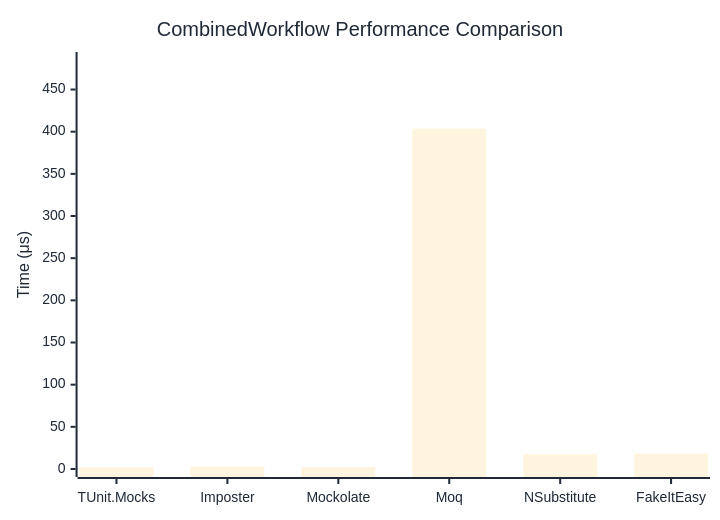
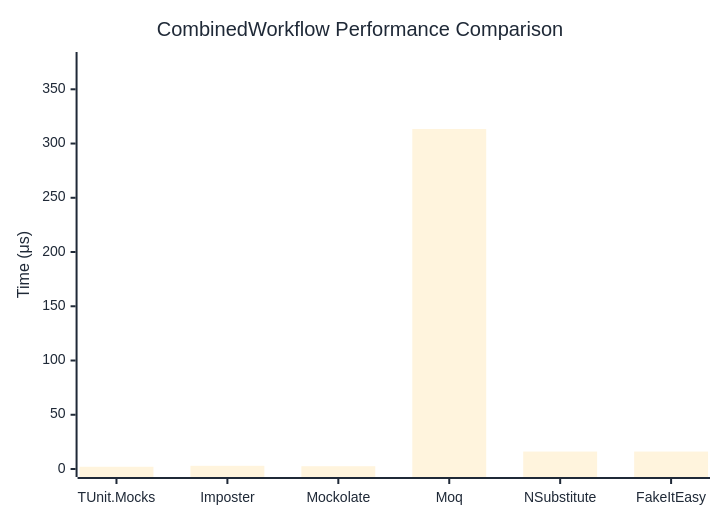
The diagram in docs/docs/benchmarks/mocks/CombinedWorkflow.md (thomhurst/TUnit), drawn with Mermaid before and after one commit. The commit also changed other lines of this file and 14 other files, not shown here.

````diff
--- a/docs/docs/benchmarks/mocks/CombinedWorkflow.md
+++ b/docs/docs/benchmarks/mocks/CombinedWorkflow.md
@@ -28,27 +28,27 @@
 ```mermaid
 %%{init: {
   'theme':'base',
   'themeVariables': {
     'primaryColor': '#2563eb',
     'primaryTextColor': '#1f2937',
     'primaryBorderColor': '#1e40af',
     'lineColor': '#6b7280',
     'secondaryColor': '#7c3aed',
     'tertiaryColor': '#dc2626',
     'background': '#ffffff',
     'pie1': '#2563eb',
     'pie2': '#7c3aed',
     'pie3': '#dc2626',
     'pie4': '#f59e0b',
     'pie5': '#10b981',
     'pie6': '#06b6d4',
     'pie7': '#ec4899',
     'pie8': '#6366f1'
   }
 }}%%
 xychart-beta
   title "CombinedWorkflow Performance Comparison"
   x-axis ["TUnit.Mocks", "Imposter", "Mockolate", "Moq", "NSubstitute", "FakeItEasy"]
-  y-axis "Time (μs)" 0 --> 485
-  bar [1.949, 2.697, 2.436, 403.629, 17.563, 18.167]
+  y-axis "Time (μs)" 0 --> 377
+  bar [2.055, 2.929, 2.573, 313.381, 16.075, 16.079]
 ```
````
